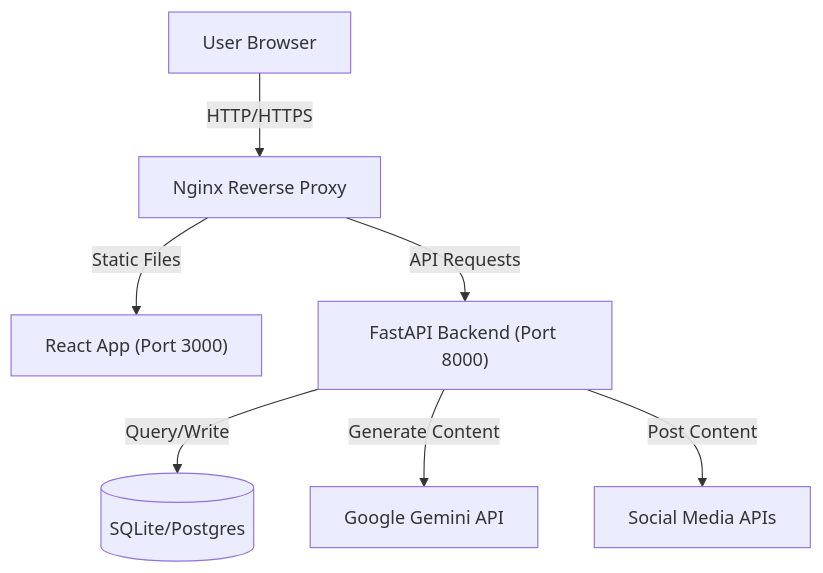
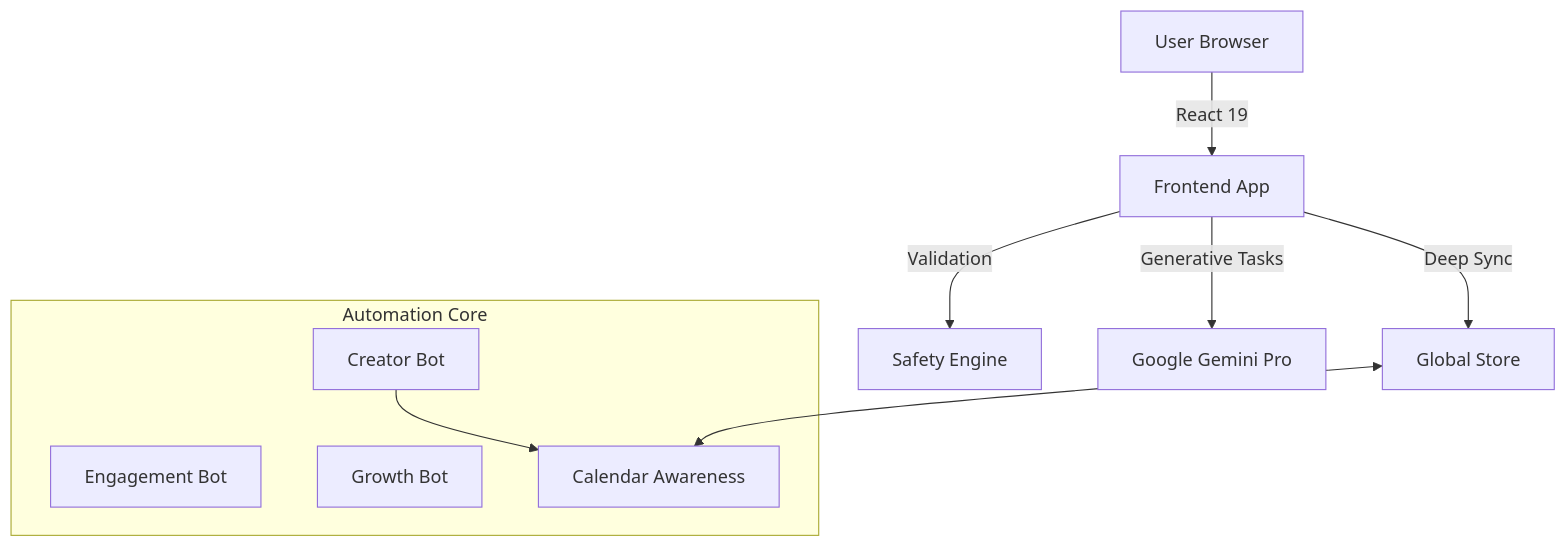
The diagram in README.md (basuchalwade/df-media-manager), drawn with Mermaid before and after one commit. The commit also changed other lines of this file and 3 other files, not shown here.

First line of the commit message:
feat: Add calendar awareness to bot configuration

````diff
--- a/README.md
+++ b/README.md
@@ -35,9 +77,17 @@
 ```mermaid
 graph TD
-    User["User Browser"] -->|HTTP/HTTPS| Nginx["Nginx Reverse Proxy"]
-    Nginx -->|Static Files| Frontend["React App (Port 3000)"]
-    Nginx -->|API Requests| Backend["FastAPI Backend (Port 8000)"]
-    Backend -->|Query/Write| DB[("SQLite/Postgres")]
-    Backend -->|Generate Content| Gemini["Google Gemini API"]
-    Backend -->|Post Content| Socials["Social Media APIs"]
+    User["User Browser"] -->|React 19| App["Frontend App"]
+    App -->|Deep Sync| State["Global Store"]
+    App -->|Validation| Safety["Safety Engine"]
+    App -->|Generative Tasks| Gemini["Google Gemini Pro"]
+    
+    subgraph "Automation Core"
+      Bot1["Creator Bot"]
+      Bot2["Engagement Bot"]
+      Bot3["Growth Bot"]
+      Calendar["Calendar Awareness"]
+    end
+    
+    Bot1 --> Calendar
+    State <--> Calendar
 ```
````
